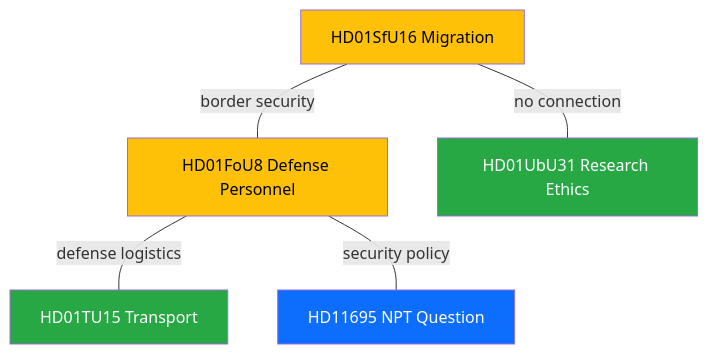
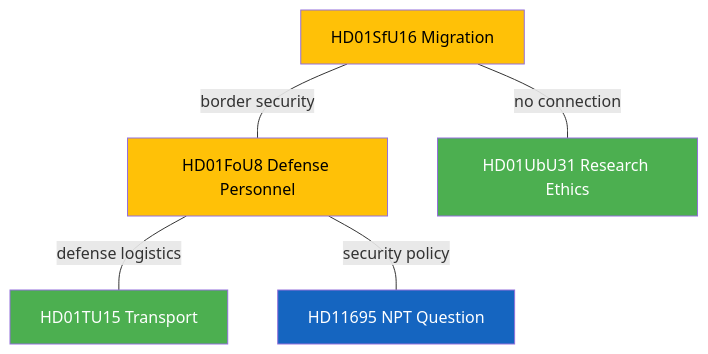
One commit to Hack23/riksdagsmonitor changed the diagram in analysis/daily/2026-04-09/realtime-1029/cross-reference-map.md. Above: the diagram before and after it, drawn with Mermaid. The commit also changed 785 other files, not shown here.

First line of the commit message:
Normalize mermaid colors across 786 analysis artifacts to ISMS Style Guide palette

````diff
--- a/analysis/daily/2026-04-09/realtime-1029/cross-reference-map.md
+++ b/analysis/daily/2026-04-09/realtime-1029/cross-reference-map.md
@@ -5,19 +5,19 @@
 ```mermaid
 graph TD
     SfU16[HD01SfU16 Migration]
     FoU8[HD01FoU8 Defense Personnel]
     TU15[HD01TU15 Transport]
     UbU31[HD01UbU31 Research Ethics]
     HD11695[HD11695 NPT Question]
     
     SfU16 ---|border security| FoU8
     FoU8 ---|defense logistics| TU15
     FoU8 ---|security policy| HD11695
     SfU16 ---|no connection| UbU31
     
-    style SfU16 fill:#ffc107,color:#000000
-    style FoU8 fill:#ffc107,color:#000000
-    style TU15 fill:#28a745,color:#ffffff
-    style UbU31 fill:#28a745,color:#ffffff
-    style HD11695 fill:#0d6efd,color:#ffffff
+    style SfU16 fill:#FFC107,color:#000000
+    style FoU8 fill:#FFC107,color:#000000
+    style TU15 fill:#4CAF50,color:#FFFFFF
+    style UbU31 fill:#4CAF50,color:#FFFFFF
+    style HD11695 fill:#1565C0,color:#FFFFFF
 ```
````
